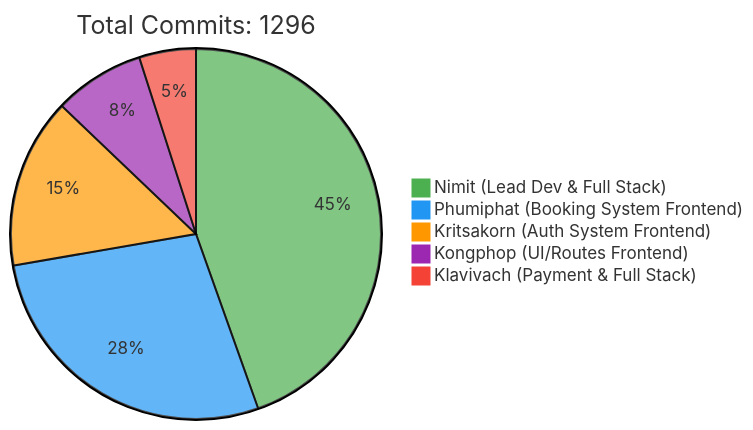
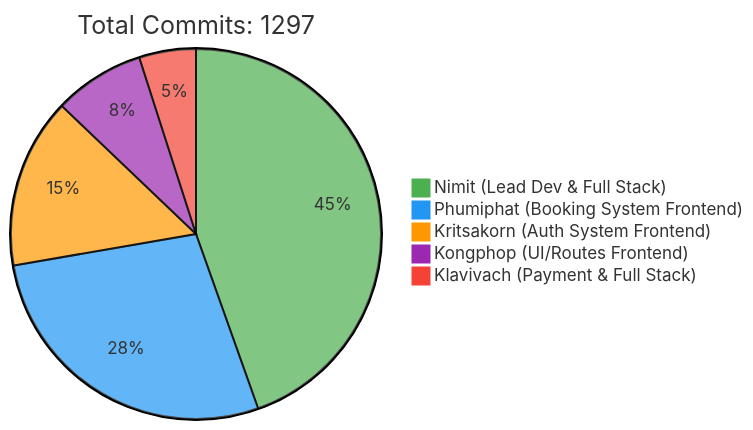
The first of 2 diagrams in README.md (6531503042/Sport-Complex), drawn with Mermaid before and after one commit. The commit also changed other lines of this file, not shown here.

Commit message:
docs: Update contributor statistics [skip ci]

````diff
--- a/README.md
+++ b/README.md
@@ -257,10 +257,10 @@
 ```mermaid
 %%{init: {'theme': 'base', 'themeVariables': { 'pie1': '#4CAF50', 'pie2': '#2196F3', 'pie3': '#FF9800', 'pie4': '#9C27B0', 'pie5': '#F44336'}}}%%
 pie
-    title Total Commits: 1296
+    title Total Commits: 1297
     "Nimit (Lead Dev & Full Stack)" : 450
     "Phumiphat (Booking System Frontend)" : 280
     "Kritsakorn (Auth System Frontend)" : 150
     "Kongphop (UI/Routes Frontend)" : 80
     "Klavivach (Payment & Full Stack)" : 50
 ```
````
